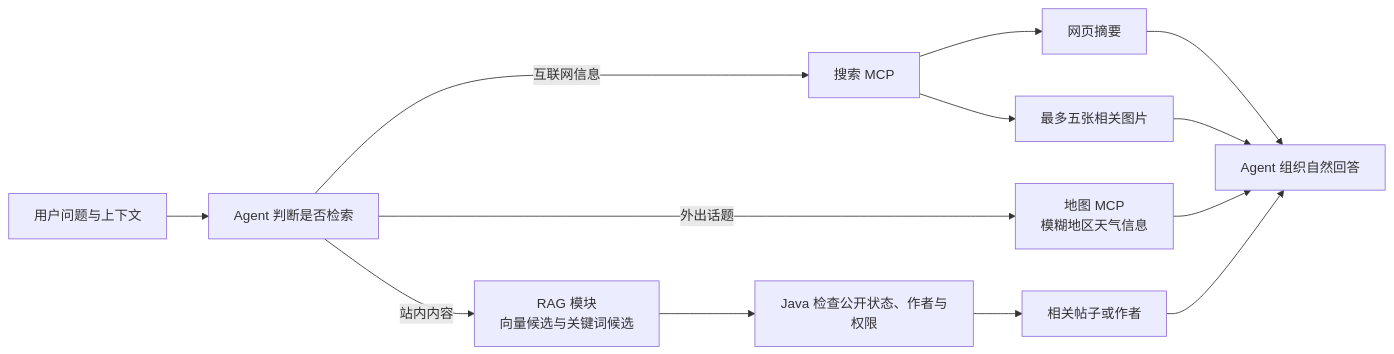
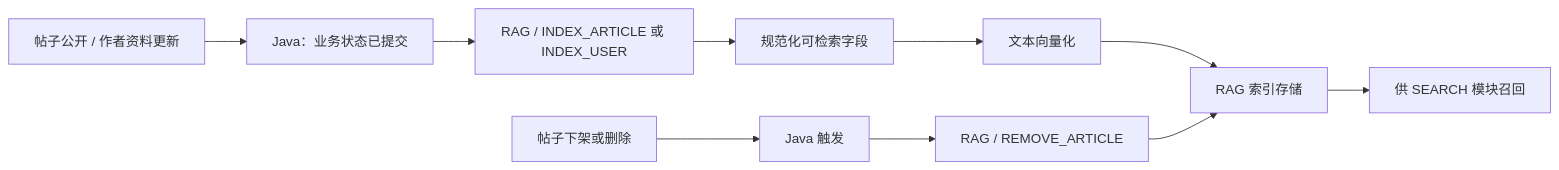
Diagram 16 of 18 in README.md (pluchon/mengmeng_forum), drawn with Mermaid before and after one commit. The commit also changed other lines of this file, not shown here.

````diff
--- a/README.md
+++ b/README.md
@@ -243,15 +360,12 @@
 ```mermaid
 flowchart LR
-  Q["用户问题与上下文"] --> PLAN["Agent 判断是否检索"]
-  PLAN -->|站内内容| RAG["RAG 模块<br/>向量候选与关键词候选"]
-  RAG --> JAVA["Java 检查公开状态、作者与权限"]
-  JAVA --> POST["相关帖子或作者"]
-  PLAN -->|互联网信息| MCP["搜索 MCP"]
-  MCP --> TEXT["网页摘要"]
-  MCP --> PIC["最多五张相关图片"]
-  PLAN -->|外出话题| MAP["地图 MCP<br/>模糊地区天气信息"]
-  TEXT --> ANSWER["Agent 组织自然回答"]
-  PIC --> ANSWER
-  MAP --> ANSWER
-  POST --> ANSWER
+  PUB["帖子公开 / 作者资料更新"] --> J["Java：业务状态已提交"]
+  J --> IDX["RAG / INDEX_ARTICLE 或 INDEX_USER"]
+  IDX --> CLEAN["规范化可检索字段"]
+  CLEAN --> EMBED["文本向量化"]
+  EMBED --> STORE["RAG 索引存储"]
+  REMOVE["帖子下架或删除"] --> J2["Java 触发"]
+  J2 --> DEL["RAG / REMOVE_ARTICLE"]
+  DEL --> STORE
+  STORE --> SEARCH["供 SEARCH 模块召回"]
 ```
````
